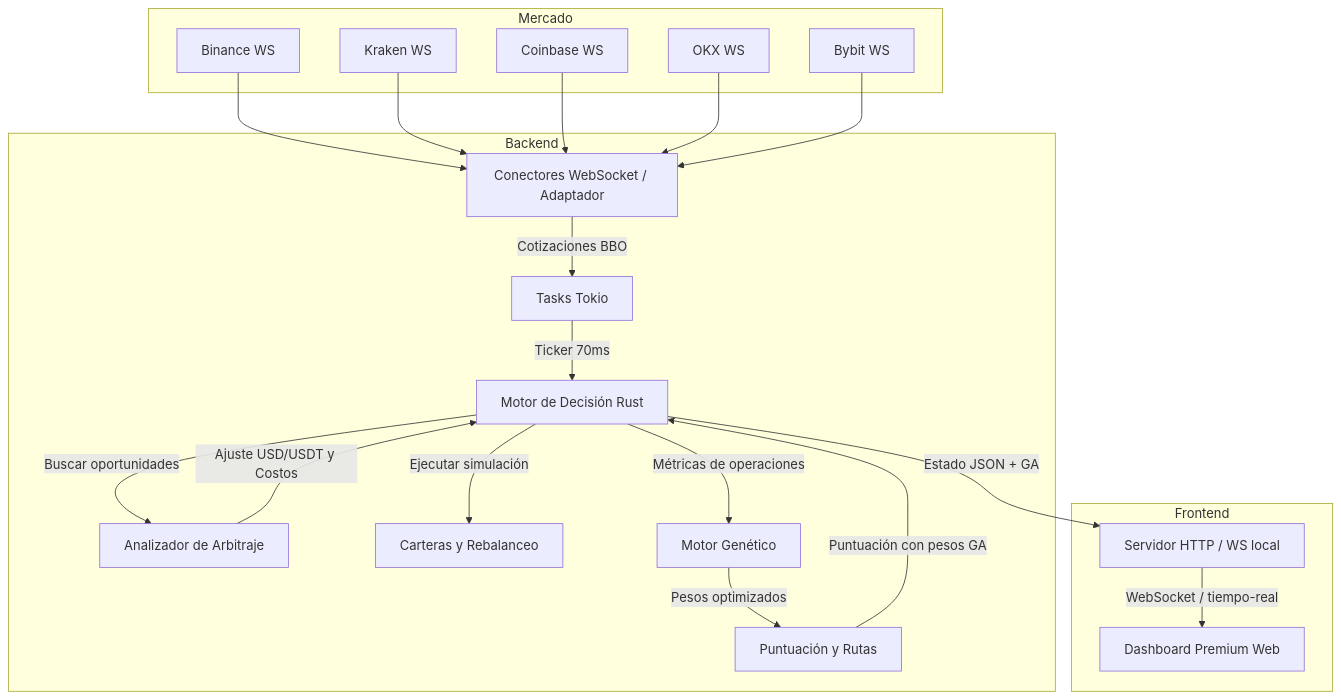
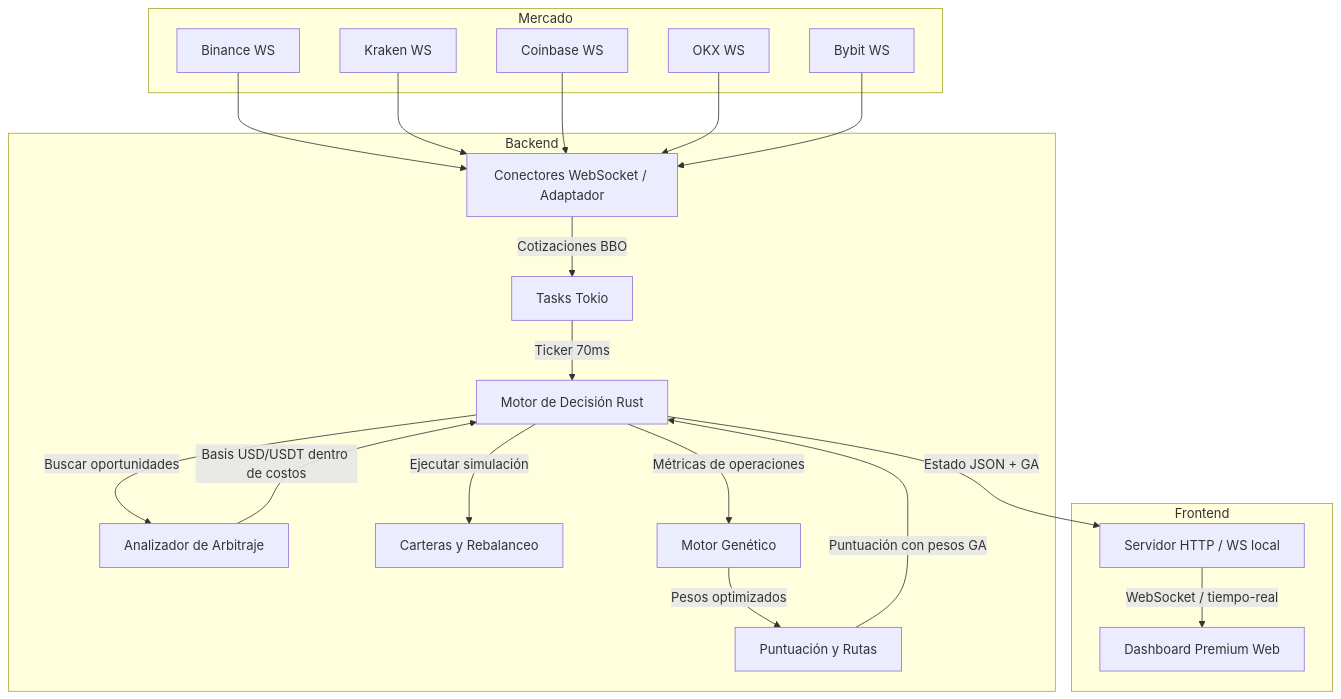
One commit to raulivan1200/mayab-btc-arbitrage changed the diagram in README.md. Above: the diagram before and after it, drawn with Mermaid. The commit also changed other lines of this file and 11 other files, not shown here.

````diff
--- a/README.md
+++ b/README.md
@@ -145,37 +145,37 @@
 ```mermaid
 graph TD
     subgraph Mercado
         BinanceWS[Binance WS]
         KrakenWS[Kraken WS]
         CoinbaseWS[Coinbase WS]
         OKXWS[OKX WS]
         BybitWS[Bybit WS]
     end
 
     subgraph Backend
         Conectores[Conectores WebSocket / Adaptador]
         Tokio[Tasks Tokio]
         Motor[Motor de Decisión Rust]
         Analizador[Analizador de Arbitraje]
         Carteras[Carteras y Rebalanceo]
         Estrategia[Puntuación y Rutas]
         GA[Motor Genético]
     end
 
     subgraph Frontend
         HTTP[Servidor HTTP / WS local]
         UI[Dashboard Premium Web]
     end
 
     BinanceWS & KrakenWS & CoinbaseWS & OKXWS & BybitWS --> Conectores
     Conectores -->|Cotizaciones BBO| Tokio
     Tokio -->|Ticker 70ms| Motor
     Motor -->|Buscar oportunidades| Analizador
-    Analizador -->|Ajuste USD/USDT y Costos| Motor
+    Analizador -->|Basis USD/USDT dentro de costos| Motor
     Motor -->|Ejecutar simulación| Carteras
     Motor -->|Métricas de operaciones| GA
     GA -->|Pesos optimizados| Estrategia
     Estrategia -->|Puntuación con pesos GA| Motor
     Motor -->|Estado JSON + GA| HTTP
     HTTP -->|WebSocket / tiempo-real| UI
 ```
````
